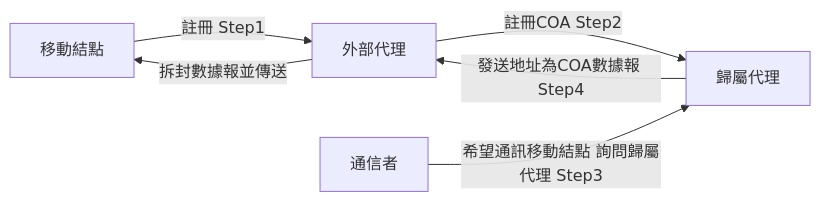
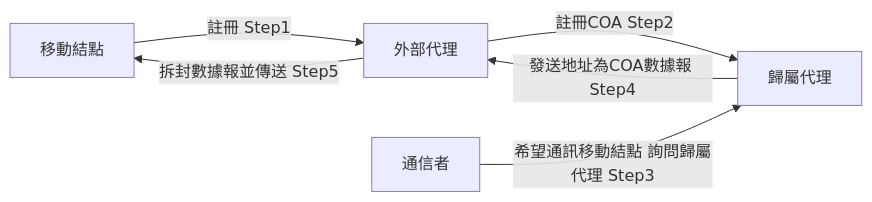
The sixth of 6 diagrams in _posts/2021-07-21-04741-internet.md (chchoiw/chchoiw.github.io), drawn with Mermaid before and after one commit. The commit also changed other lines of this file, not shown here.

````diff
--- a/_posts/2021-07-21-04741-internet.md
+++ b/_posts/2021-07-21-04741-internet.md
@@ -717,8 +733,8 @@
 ```mermaid
 graph LR
     A[移動結點] -- 註冊 Step1 -->  B[外部代理];
     B-- 註冊COA Step2-->C[歸屬代理]
     D[通信者] -- 希望通訊移動結點 詢問歸屬代理 Step3-->C
     C--發送地址為COA數據報 Step4-->B
-    B-- 拆封數據報並傳送-->A
+    B-- 拆封數據報並傳送 Step5-->A
 ```
````
